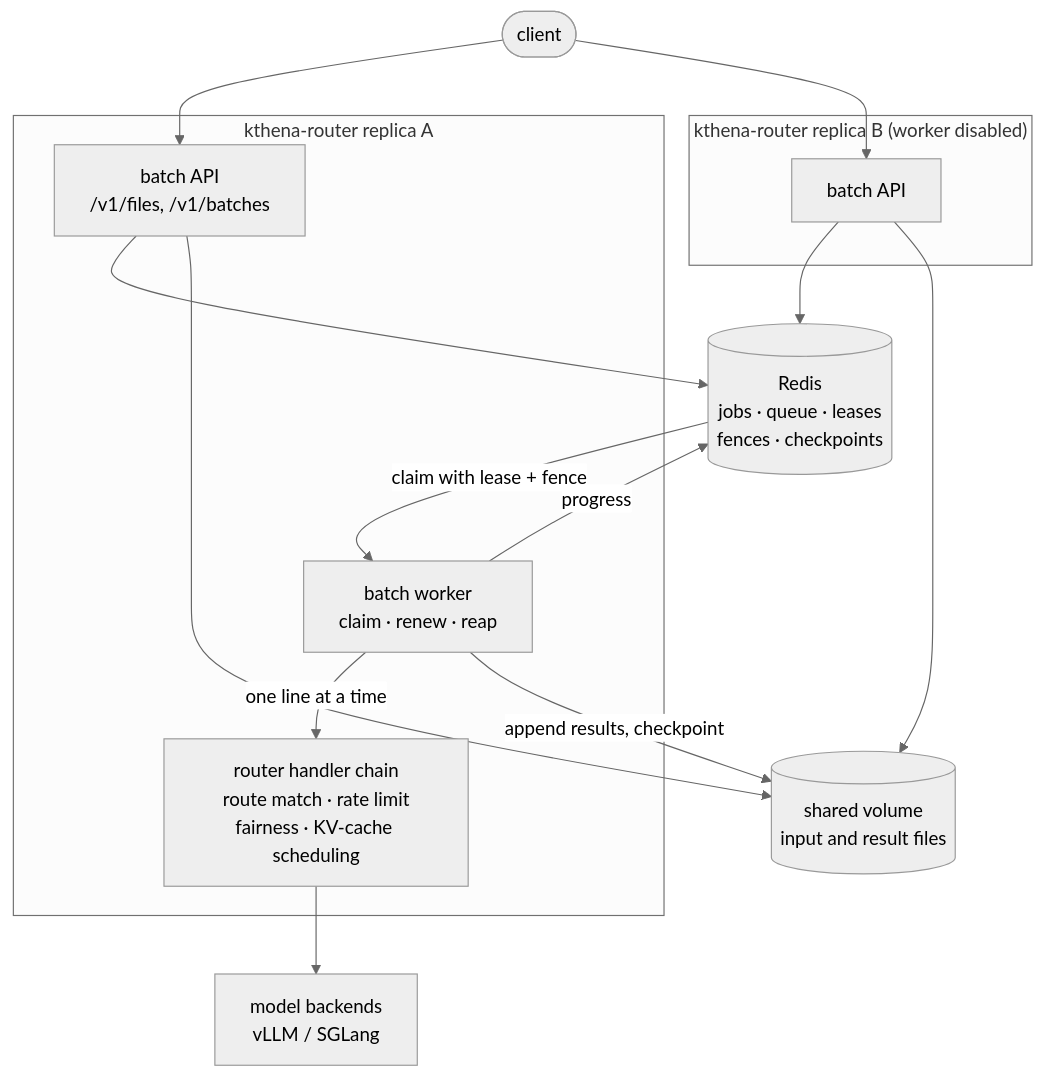
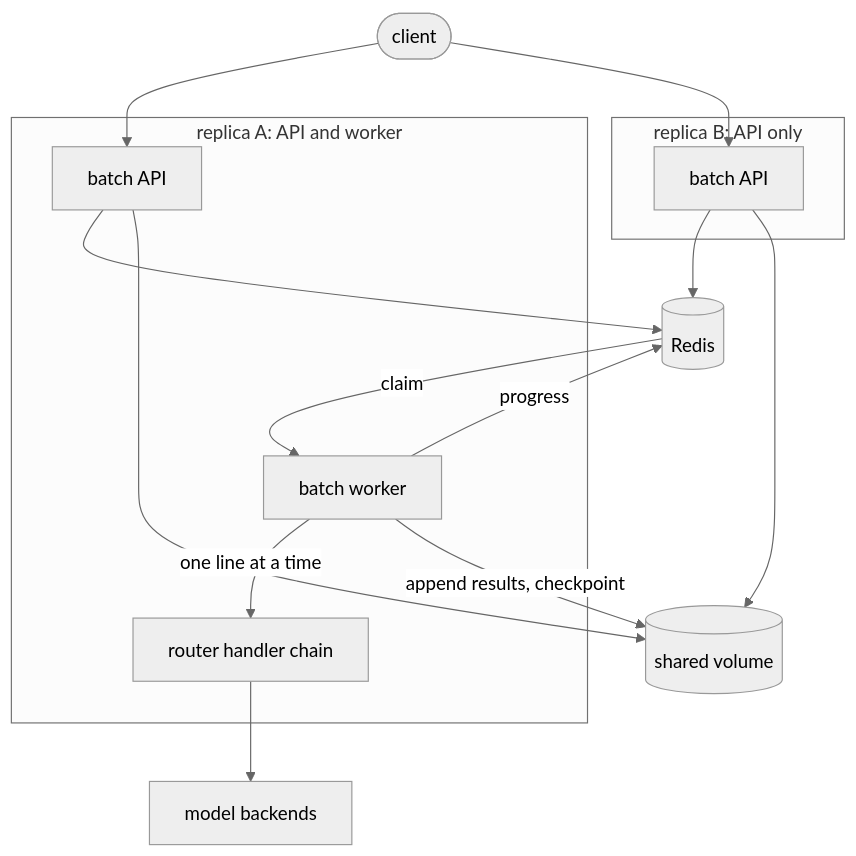
Before and after one commit to aeron-gh/kthena: the first of 3 diagrams in docs/proposal/kthena-router-batch-api.md, drawn with Mermaid (neutral theme). The commit also changed other lines of this file, not shown here.

Commit message:
docs: make the batch proposal design details concrete

````diff
--- a/docs/proposal/kthena-router-batch-api.md
+++ b/docs/proposal/kthena-router-batch-api.md
@@ -101,31 +101,31 @@
 ```mermaid
 flowchart TB
     client([client])
 
-    subgraph replicaA["kthena-router replica A"]
-        apiA["batch API<br/>/v1/files, /v1/batches"]
-        workerA["batch worker<br/>claim · renew · reap"]
-        chainA["router handler chain<br/>route match · rate limit<br/>fairness · KV-cache scheduling"]
+    subgraph replicaA["replica A: API and worker"]
+        apiA["batch API"]
+        workerA["batch worker"]
+        chainA["router handler chain"]
     end
 
-    subgraph replicaB["kthena-router replica B (worker disabled)"]
+    subgraph replicaB["replica B: API only"]
         apiB["batch API"]
     end
 
-    redis[("Redis<br/>jobs · queue · leases<br/>fences · checkpoints")]
-    volume[("shared volume<br/>input and result files")]
-    backends["model backends<br/>vLLM / SGLang"]
+    redis[("Redis")]
+    volume[("shared volume")]
+    backends["model backends"]
 
     client --> apiA
     client --> apiB
     apiA --> redis
+    apiA --> volume
     apiB --> redis
-    apiA --> volume
     apiB --> volume
 
-    redis -- claim with lease + fence --> workerA
+    redis -- claim --> workerA
     workerA -- one line at a time --> chainA
     chainA --> backends
     workerA -- append results, checkpoint --> volume
     workerA -- progress --> redis
 ```
````
